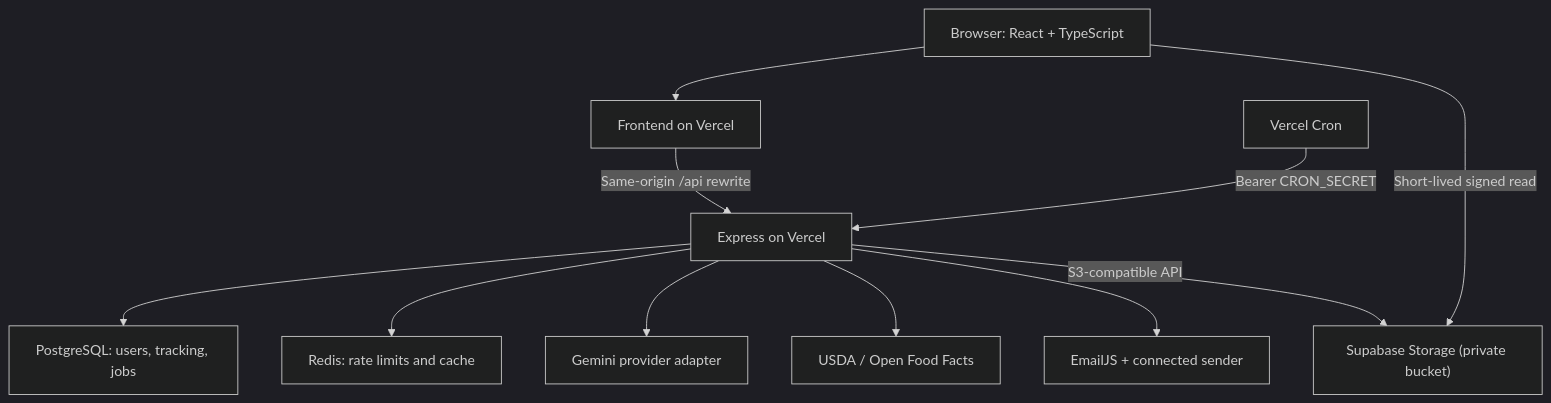
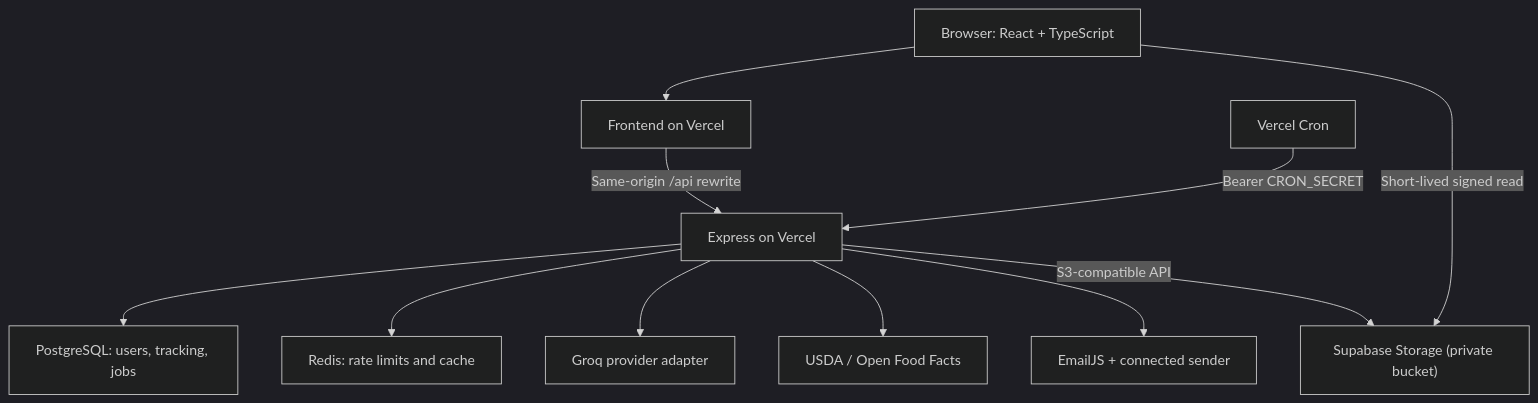
The first of 4 diagrams in ARCHITECTURE.md (Aeron1234/fit-tempo), drawn with Mermaid (dark theme) before and after one commit. The commit also changed other lines of this file and 7 other files, not shown here.

````diff
--- a/ARCHITECTURE.md
+++ b/ARCHITECTURE.md
@@ -47,13 +47,13 @@
 ```mermaid
 flowchart TD
     U["Browser: React + TypeScript"] --> W["Frontend on Vercel"]
     W -->|"Same-origin /api rewrite"| A["Express on Vercel"]
     A --> P["PostgreSQL: users, tracking, jobs"]
     A --> R["Redis: rate limits and cache"]
-    A --> G["Gemini provider adapter"]
+    A --> G["Groq provider adapter"]
     A --> F["USDA / Open Food Facts"]
     A --> E["EmailJS + connected sender"]
     C["Vercel Cron"] -->|"Bearer CRON_SECRET"| A
     A -->|"S3-compatible API"| S["Supabase Storage (private bucket)"]
     U -->|"Short-lived signed read"| S
 ```
````
